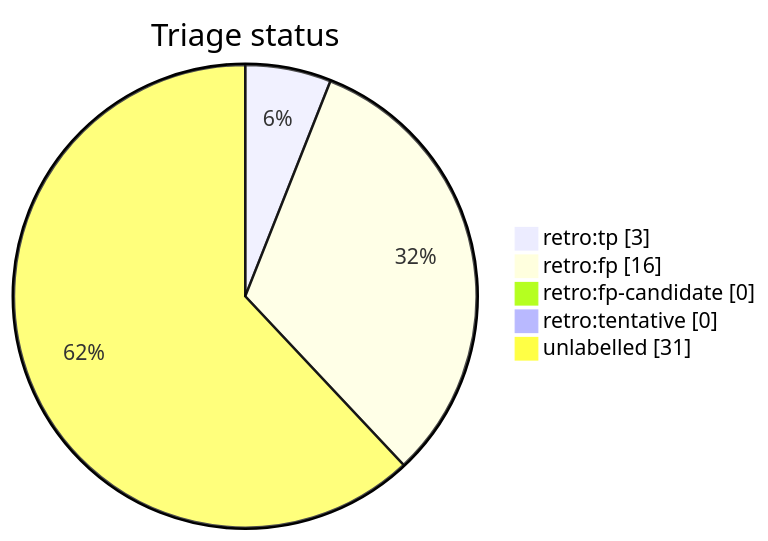
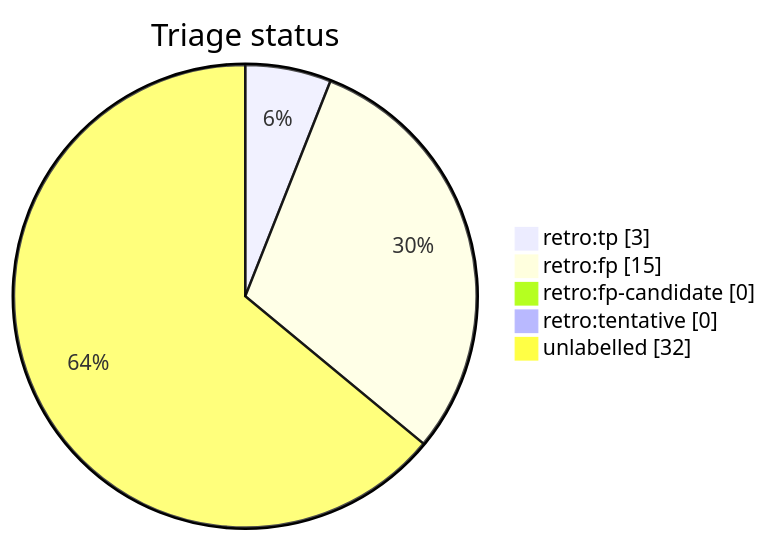
The diagram in docs/generated/scripts/auto-retro-triage-report.md (tvna/claude-md), drawn with Mermaid before and after one commit. The commit also changed other lines of this file, not shown here.

First line of the commit message:
chore(auto-retro): refresh triage report

````diff
--- a/docs/generated/scripts/auto-retro-triage-report.md
+++ b/docs/generated/scripts/auto-retro-triage-report.md
@@ -15,9 +15,9 @@
 ```mermaid
 pie showData
     title Triage status
     "retro:tp" : 3
-    "retro:fp" : 16
+    "retro:fp" : 15
     "retro:fp-candidate" : 0
     "retro:tentative" : 0
-    "unlabelled" : 31
+    "unlabelled" : 32
 ```
````
